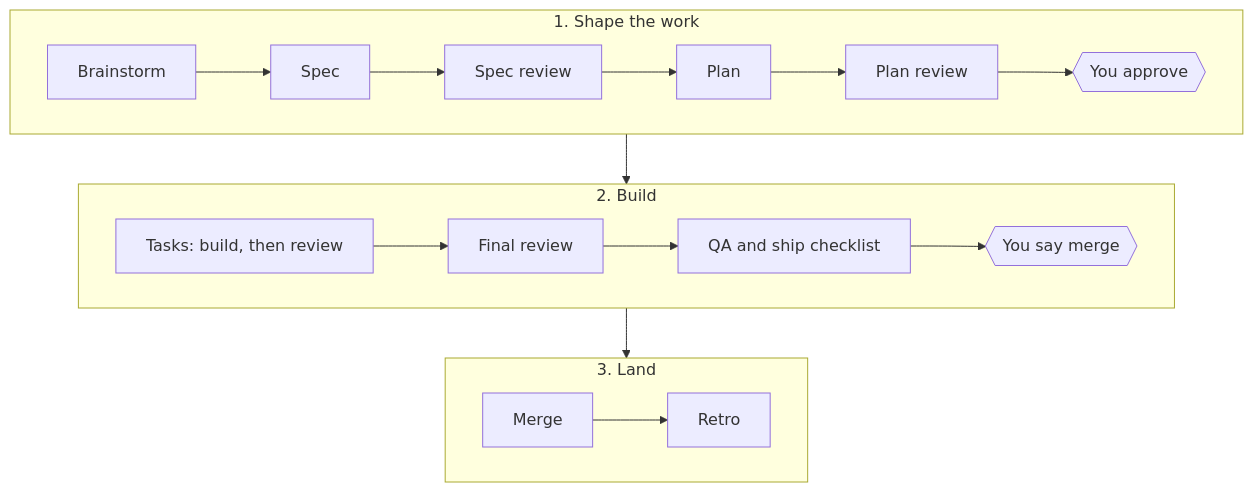
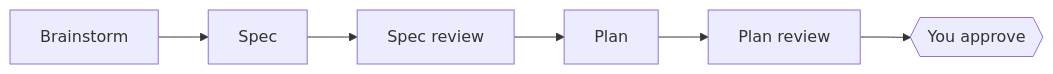
The first of 3 diagrams in README.md (kkunan/agentic-delivery), drawn with Mermaid before and after one commit. The commit also changed other lines of this file, not shown here.

Commit message:
Split the pipeline diagram into one row for each stage
GitHub cut off the bottom of the three-row diagram.

````diff
--- a/README.md
+++ b/README.md
@@ -49,16 +51,4 @@
 ```mermaid
-flowchart TB
-    subgraph S1 [" 1. Shape the work "]
-        direction LR
-        A[Brainstorm] --> B[Spec] --> C[Spec review] --> D[Plan] --> E[Plan review] --> G{{You approve}}
-    end
-    subgraph S2 [" 2. Build "]
-        direction LR
-        T[Tasks: build, then review] --> F[Final review] --> Q[QA and ship checklist] --> P{{You say merge}}
-    end
-    subgraph S3 [" 3. Land "]
-        direction LR
-        M[Merge] --> R[Retro]
-    end
-    S1 --> S2 --> S3
+flowchart LR
+    A[Brainstorm] --> B[Spec] --> C[Spec review] --> D[Plan] --> E[Plan review] --> G{{You approve}}
 ```
````
